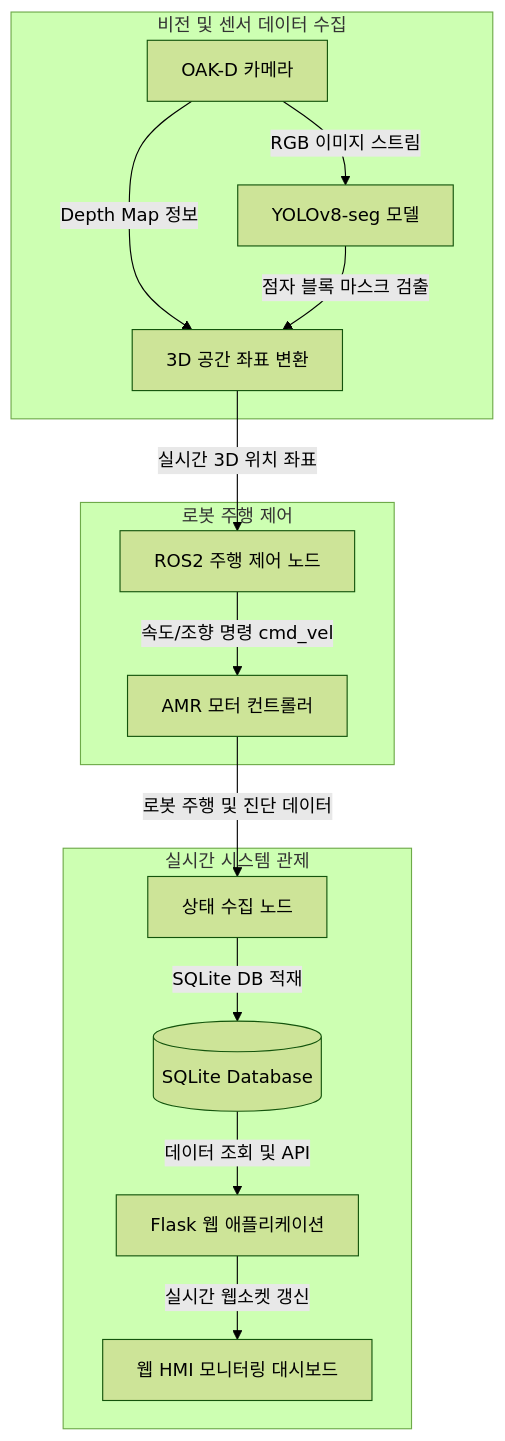
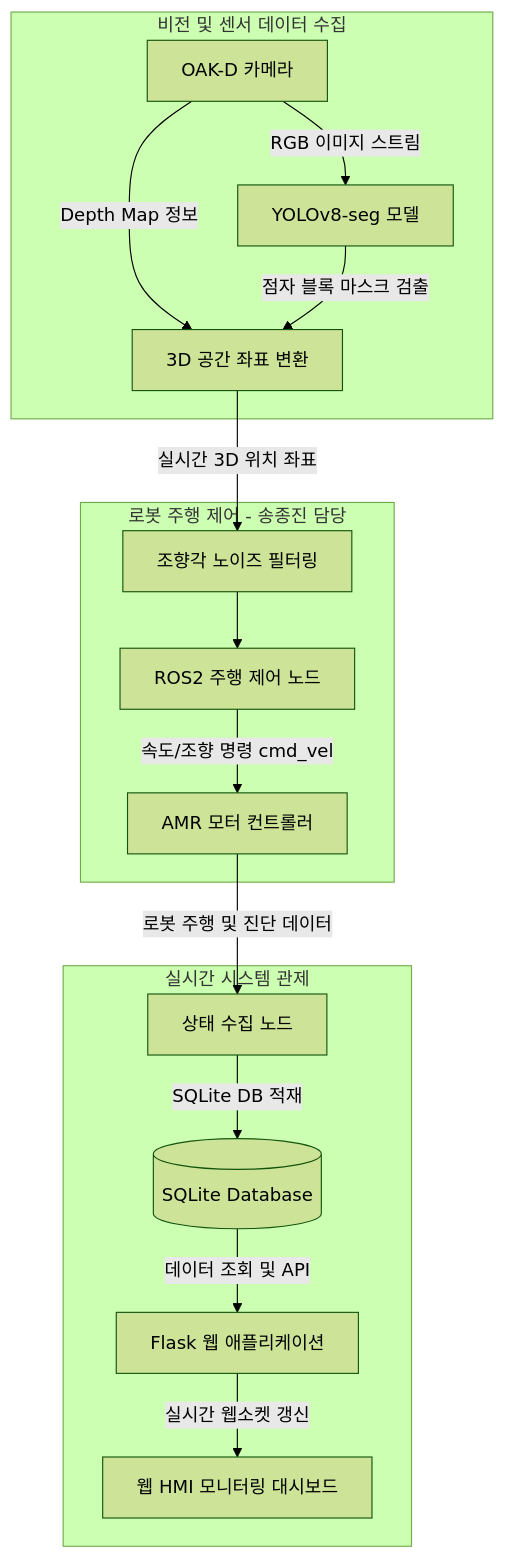
One commit to soli-robot/portfolio changed the diagram in projects/Braille/README.md. Above: the diagram before and after it, drawn with Mermaid (forest theme). The commit also changed other lines of this file and 1 other file, not shown here.

````diff
--- a/projects/Braille/README.md
+++ b/projects/Braille/README.md
@@ -22,20 +36,21 @@
 ```mermaid
 flowchart TD
     subgraph Vision_Processing [비전 및 센서 데이터 수집]
         Camera[OAK-D 카메라] -->|RGB 이미지 스트림| YOLO[YOLOv8-seg 모델]
         Camera -->|Depth Map 정보| Convert[3D 공간 좌표 변환]
         YOLO -->|점자 블록 마스크 검출| Convert
     end
 
-    subgraph Control_Logic [로봇 주행 제어]
-        Convert -->|실시간 3D 위치 좌표| ROSNode[ROS2 주행 제어 노드]
+    subgraph Control_Logic [로봇 주행 제어 - 송종진 담당]
+        Convert -->|실시간 3D 위치 좌표| Filter[조향각 노이즈 필터링]
+        Filter --> ROSNode[ROS2 주행 제어 노드]
         ROSNode -->|속도/조향 명령 cmd_vel| AMR[AMR 모터 컨트롤러]
     end
 
     subgraph Monitoring_System [실시간 시스템 관제]
         AMR -->|로봇 주행 및 진단 데이터| StatusNode[상태 수집 노드]
         StatusNode -->|SQLite DB 적재| DB[(SQLite Database)]
         DB -->|데이터 조회 및 API| Flask[Flask 웹 애플리케이션]
         Flask -->|실시간 웹소켓 갱신| UI[웹 HMI 모니터링 대시보드]
     end
 ```
````
